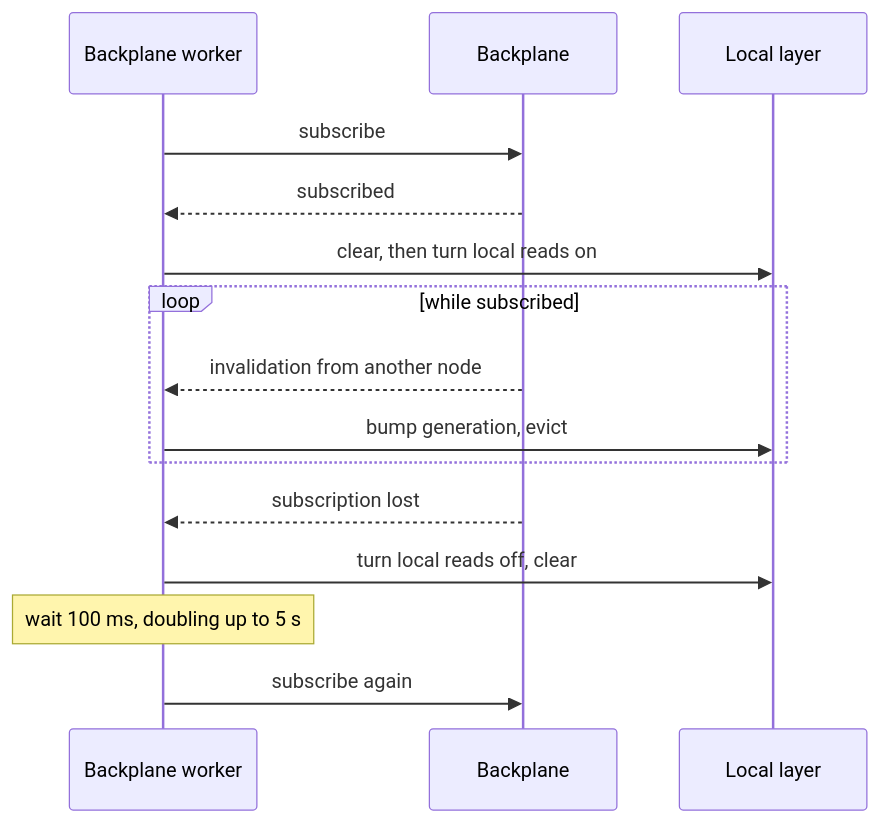
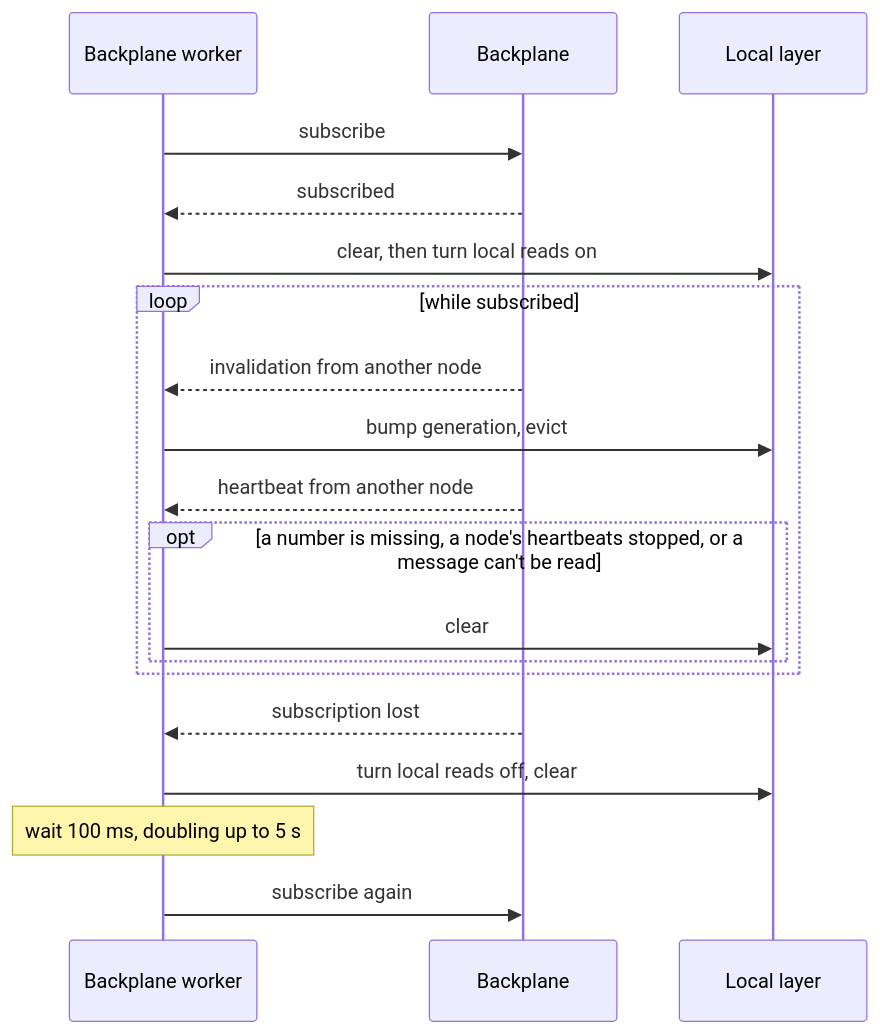
Before and after one commit to sisaio/sisa-caching-rs: the sixth of 8 diagrams in docs/02-flows.md, drawn with Mermaid. The commit also changed other lines of this file and 16 other files, not shown here.

````diff
--- a/docs/02-flows.md
+++ b/docs/02-flows.md
@@ -172,18 +173,22 @@
 ```mermaid
 sequenceDiagram
     participant W as Backplane worker
     participant Bus as Backplane
     participant Local as Local layer
 
     W->>Bus: subscribe
     Bus-->>W: subscribed
     W->>Local: clear, then turn local reads on
     loop while subscribed
         Bus-->>W: invalidation from another node
         W->>Local: bump generation, evict
+        Bus-->>W: heartbeat from another node
+        opt a number is missing, a node's heartbeats stopped, or a message can't be read
+            W->>Local: clear
+        end
     end
     Bus-->>W: subscription lost
     W->>Local: turn local reads off, clear
     Note over W: wait 100 ms, doubling up to 5 s
     W->>Bus: subscribe again
 ```
````
